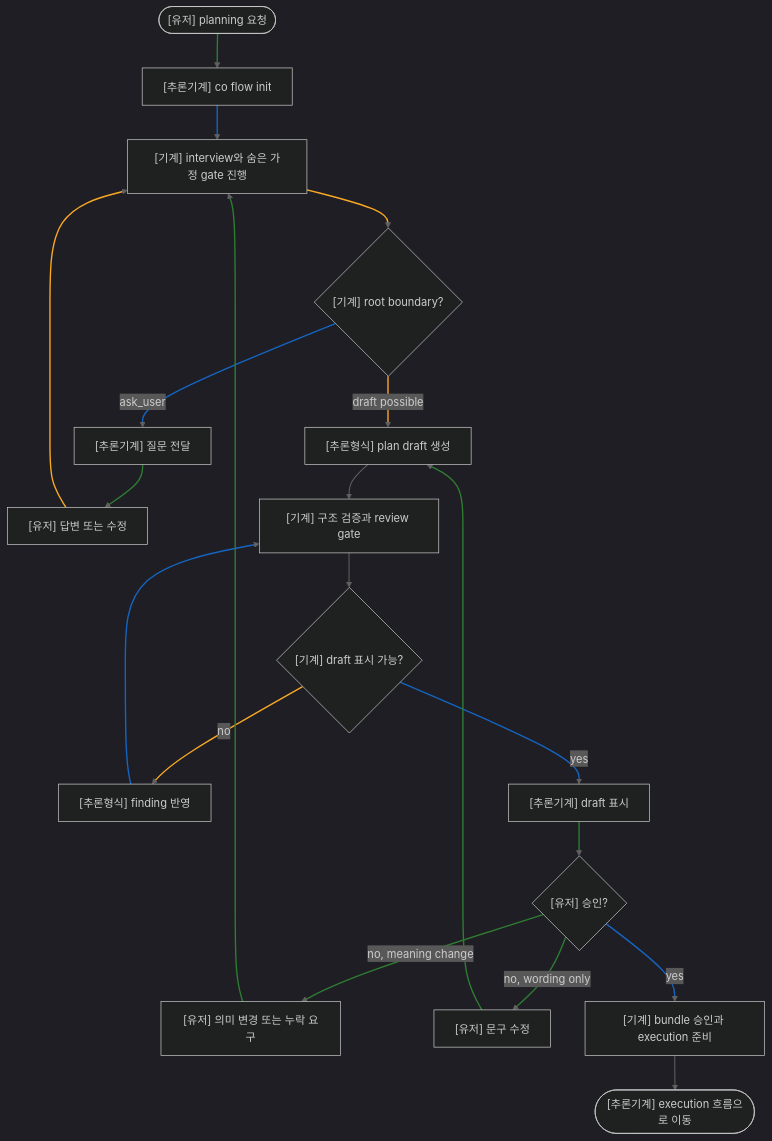
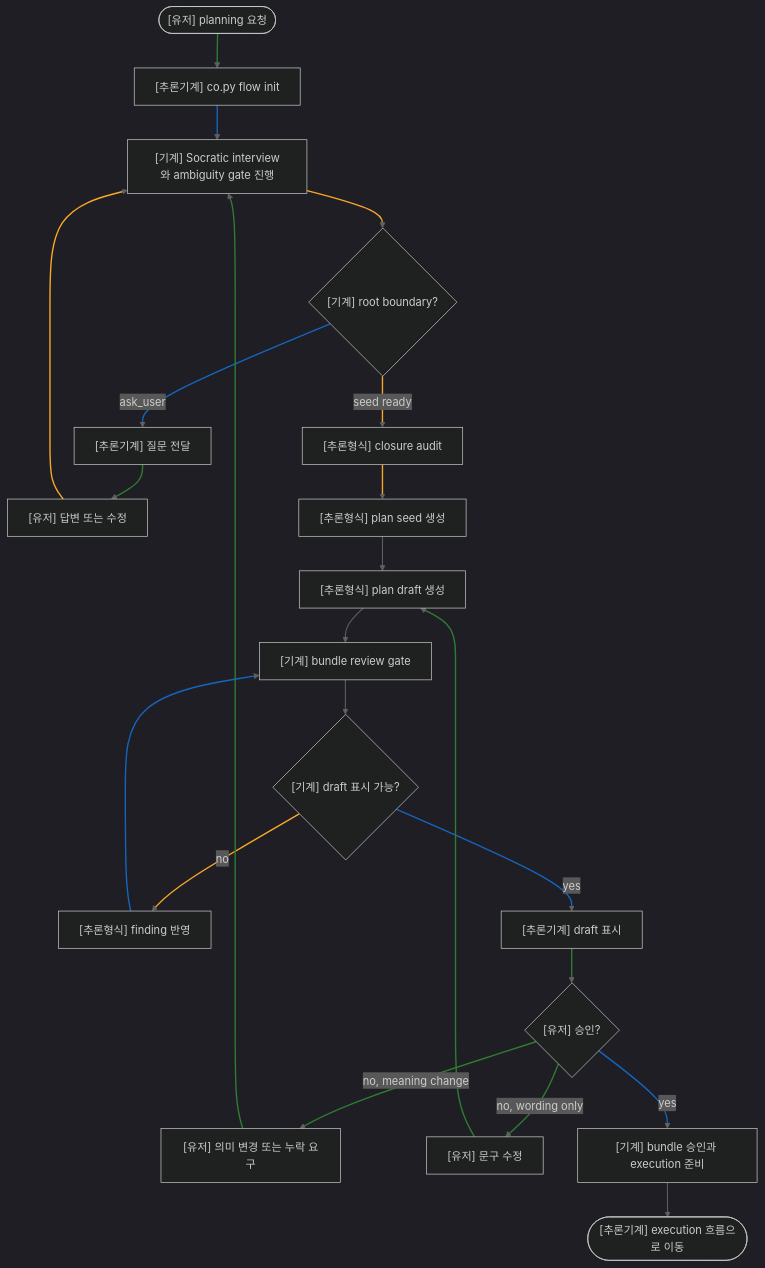
The second of 2 diagrams in COPLAN.md (mym0404/coflow), drawn with Mermaid (dark theme) before and after one commit. The commit also changed other lines of this file and 15 other files, not shown here.

Commit message:
feat: redesign coplan planner flow

````diff
--- a/COPLAN.md
+++ b/COPLAN.md
@@ -77,44 +87,48 @@
 ```mermaid
 flowchart TD
   Start(["[유저] planning 요청"])
-  Init["[추론기계] co flow init"]
-  Iterate["[기계] interview와 숨은 가정 gate 진행"]
+  Init["[추론기계] co.py flow init"]
+  Iterate["[기계] Socratic interview와 ambiguity gate 진행"]
   Boundary{"[기계] root boundary?"}
   Question["[추론기계] 질문 전달"]
   Answer["[유저] 답변 또는 수정"]
+  Audit["[추론형식] closure audit"]
+  Seed["[추론형식] plan seed 생성"]
   Draft["[추론형식] plan draft 생성"]
-  Review["[기계] 구조 검증과 review gate"]
+  Review["[기계] bundle review gate"]
   DraftReady{"[기계] draft 표시 가능?"}
   Repair["[추론형식] finding 반영"]
   Present["[추론기계] draft 표시"]
   Feedback{"[유저] 승인?"}
   Meaning["[유저] 의미 변경 또는 누락 요구"]
   Wording["[유저] 문구 수정"]
   Finalize["[기계] bundle 승인과 execution 준비"]
   Handoff(["[추론기계] execution 흐름으로 이동"])
 
   Start --> Init
   Init --> Iterate
   Iterate --> Boundary
   Boundary -->|ask_user| Question
   Question --> Answer
   Answer --> Iterate
-  Boundary -->|draft possible| Draft
+  Boundary -->|seed ready| Audit
+  Audit --> Seed
+  Seed --> Draft
   Draft --> Review
   Review --> DraftReady
   DraftReady -->|no| Repair
   Repair --> Review
   DraftReady -->|yes| Present
   Present --> Feedback
   Feedback -->|no, meaning change| Meaning
   Meaning --> Iterate
   Feedback -->|no, wording only| Wording
   Wording --> Draft
   Feedback -->|yes| Finalize
   Finalize --> Handoff
 
   linkStyle default stroke:#616161,stroke-width:1.5px
-  linkStyle 0,4,12,13,14,15,16 stroke:#2e7d32,stroke-width:2px
-  linkStyle 1,3,10,11,17 stroke:#1565c0,stroke-width:2px
-  linkStyle 2,5,6,9 stroke:#f9a825,stroke-width:2px
+  linkStyle 0,4,14,15,16,17,18 stroke:#2e7d32,stroke-width:2px
+  linkStyle 1,3,12,13,19 stroke:#1565c0,stroke-width:2px
+  linkStyle 2,5,6,7,11 stroke:#f9a825,stroke-width:2px
 ```
````
